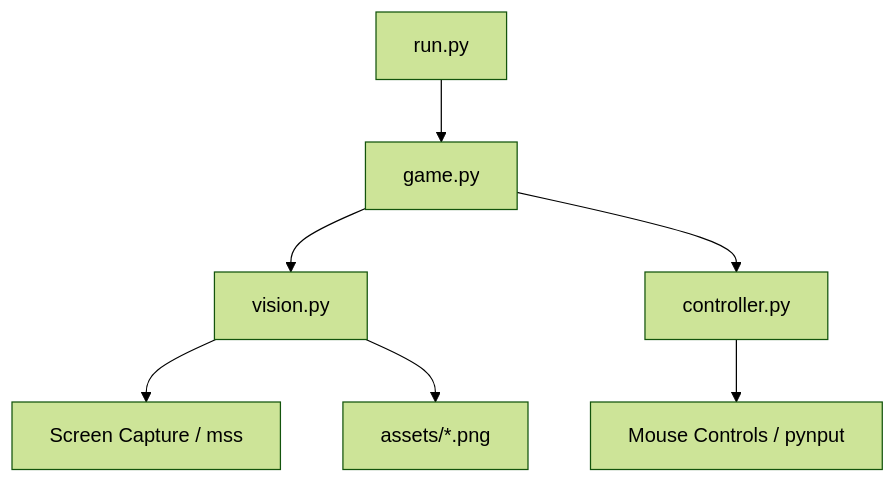
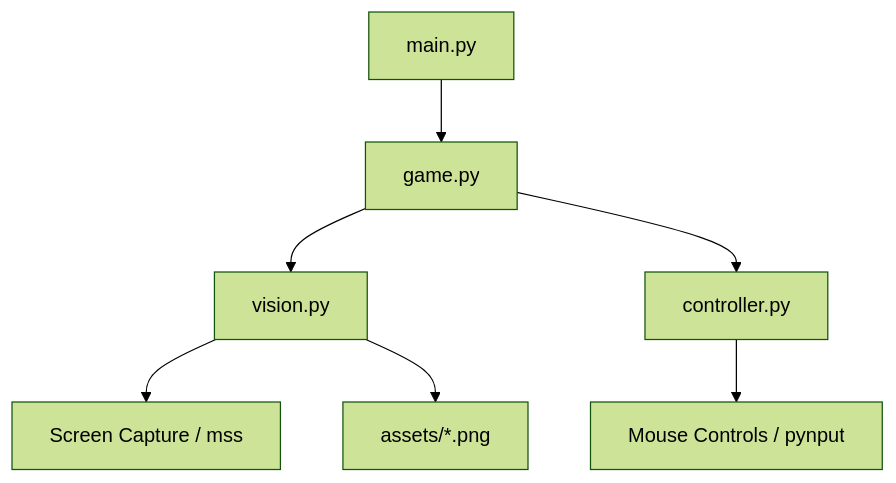
Before and after one commit to nhatduyhy11/burrito-bison-bot: the diagram in docs/review.md, drawn with Mermaid (forest theme). The commit also changed other lines of this file and 10 other files, not shown here.

````diff
--- a/docs/review.md
+++ b/docs/review.md
@@ -13,9 +13,9 @@
 ```mermaid
 graph TD
-    Run[run.py] --> Game[game.py]
+    Main[main.py] --> Game[game.py]
     Game --> Vision[vision.py]
     Game --> Controller[controller.py]
     Vision --> Screen[Screen Capture / mss]
     Vision --> Assets[assets/*.png]
     Controller --> Mouse[Mouse Controls / pynput]
 ```
````
